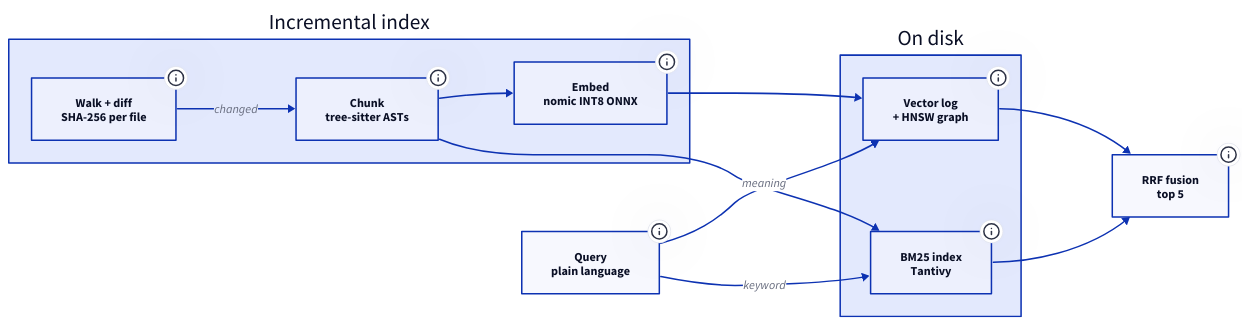
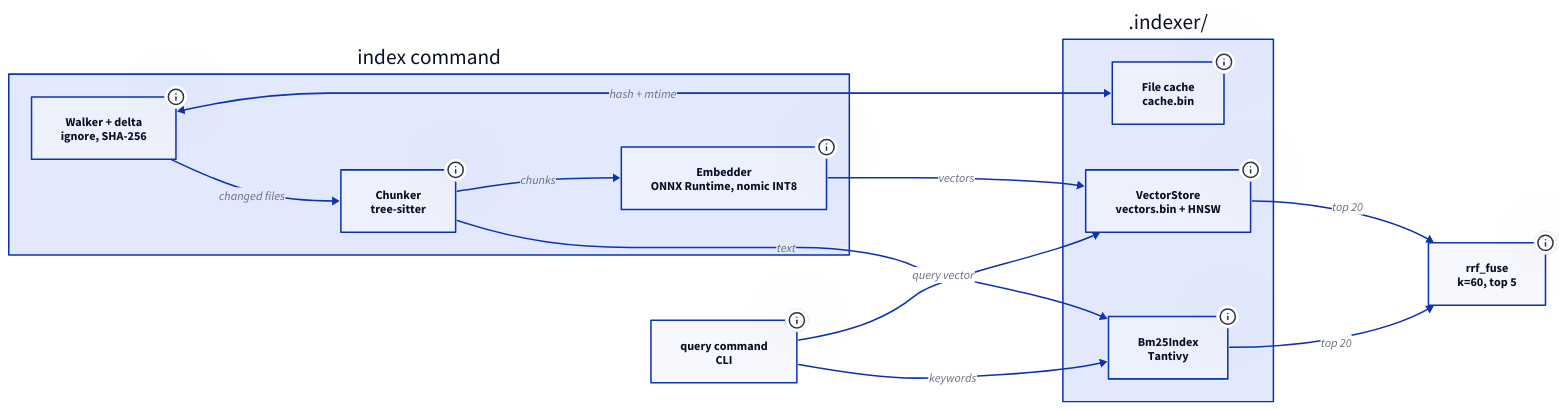
The diagram in data/projects/diagrams/codebase-indexer-pipeline.d2 (kunalgoesbyken/portfoliov1), drawn with D2 before and after one commit. The commit also changed 54 other files, not shown here.

Commit message:
Describe each architecture from its codebase, add stack logos, drop redundant stats and card styling

```diff
--- a/data/projects/diagrams/codebase-indexer-pipeline.d2
+++ b/data/projects/diagrams/codebase-indexer-pipeline.d2
@@ -1,48 +1,53 @@
 direction: right
 
-index: Incremental index {
+index: index command {
   class: zone
-  walk: Walk + diff\nSHA-256 per file {
+  walk: Walker + delta\nignore, SHA-256 {
     class: service
-    tooltip: "Respects .gitignore, then compares each file SHA-256 and mtime with the cache. Only new or changed files continue, and deleted ones are tombstoned out of both indexes. A no-op re-index takes 95 ms."
+    tooltip: "walker.rs honours .gitignore, keeps supported file types and skips lockfiles. delta.rs hashes every file and compares hash and mtime with the cache, so only new or changed files continue and deleted ones are purged."
   }
-  chunk: Chunk\ntree-sitter ASTs {
+  chunk: Chunker\ntree-sitter {
     class: service
-    tooltip: "Emits whole declarations per language. Anything over 3,000 characters is split along child nodes and greedily re-merged, so every byte lands in exactly one chunk and no function is cut in half."
+    tooltip: "chunker.rs parses Rust, Go, Python, TypeScript, Java and C/C++ into whole declarations. Over 3,000 non-whitespace characters, a node is split along its children and re-merged. Markdown splits at headings, config files at the size limit."
   }
-  embed: Embed\nnomic INT8 ONNX {
+  embed: Embedder\nONNX Runtime, nomic INT8 {
     class: model
-    tooltip: "nomic-embed-text v1.5 quantised to INT8 and run locally through ONNX Runtime. Chunks are sorted by length and batched to limit padding, then mean-pooled into 768-dimension vectors."
+    tooltip: "embedder.rs runs nomic-embed-text v1.5 INT8 through ort with Hugging Face tokenizers. Chunks are sorted by length, batched eight at a time, padded to a power of two, mean-pooled and L2-normalised into 768 dimensions."
   }
-  walk -> chunk: changed
-  chunk -> embed
+  walk -> chunk: changed files
+  chunk -> embed: chunks
 }
 
-disk: On disk {
+disk: .indexer/ {
   class: zone
-  vectors: Vector log\n+ HNSW graph {
+  cache: File cache\ncache.bin {
     class: store
-    tooltip: "An append-only log: updates write a tombstone plus new records, compaction runs only when dead records outnumber live ones, and a torn tail is repaired on load. The hand-written HNSW graph stores the log length it was built from, and a stale graph falls back to an exact scan."
+    tooltip: "A bincode list of path, SHA-256 and modification time per file. It is saved at the end of an index run, and files that failed to index are dropped from it so they are retried next time."
   }
-  bm25: BM25 index\nTantivy {
+  vectors: VectorStore\nvectors.bin + HNSW {
     class: store
-    tooltip: "Keyword index with a lenient query parser, so code-shaped queries such as foo::bar() never fail to parse."
+    tooltip: "store.rs keeps an append-only record log with tombstones, compacted when dead records outnumber live ones. hnsw.rs builds a graph snapshot (vectors.hnsw) at 1,000 records or more. A stale or inconsistent snapshot falls back to an exact scan."
+  }
+  bm25: Bm25Index\nTantivy {
+    class: store
+    tooltip: "bm25.rs stores chunk text with its path and line range in a Tantivy index. Queries use the lenient parser, so code-shaped input such as foo::bar() never fails to parse."
   }
 }
 
-ask: Query\nplain language {
+ask: query command\nCLI {
   class: client
-  tooltip: "Embedded once with the model query prefix, then sent to both rankers."
+  tooltip: "Embeds the query once with the search_query prefix, then asks the vector store and the BM25 index for 20 candidates each."
 }
 
-fuse: RRF fusion\ntop 5 {
+fuse: rrf_fuse\nk=60, top 5 {
   class: service
-  tooltip: "Reciprocal Rank Fusion with k=60 merges the top 20 from each ranker by rank, not score, so cosine similarity and BM25 never need calibrating against each other."
+  tooltip: "query.rs merges the two ranked lists with Reciprocal Rank Fusion, keyed by file and start line, and prints the top five chunks with file, line range and code."
 }
 
-index.embed -> disk.vectors
-index.chunk -> disk.bm25
-ask -> disk.vectors: meaning
-ask -> disk.bm25: keyword
-disk.vectors -> fuse
-disk.bm25 -> fuse
+index.walk <-> disk.cache: hash + mtime
+index.chunk -> disk.bm25: text
+index.embed -> disk.vectors: vectors
+ask -> disk.vectors: query vector
+ask -> disk.bm25: keywords
+disk.vectors -> fuse: top 20
+disk.bm25 -> fuse: top 20
```
